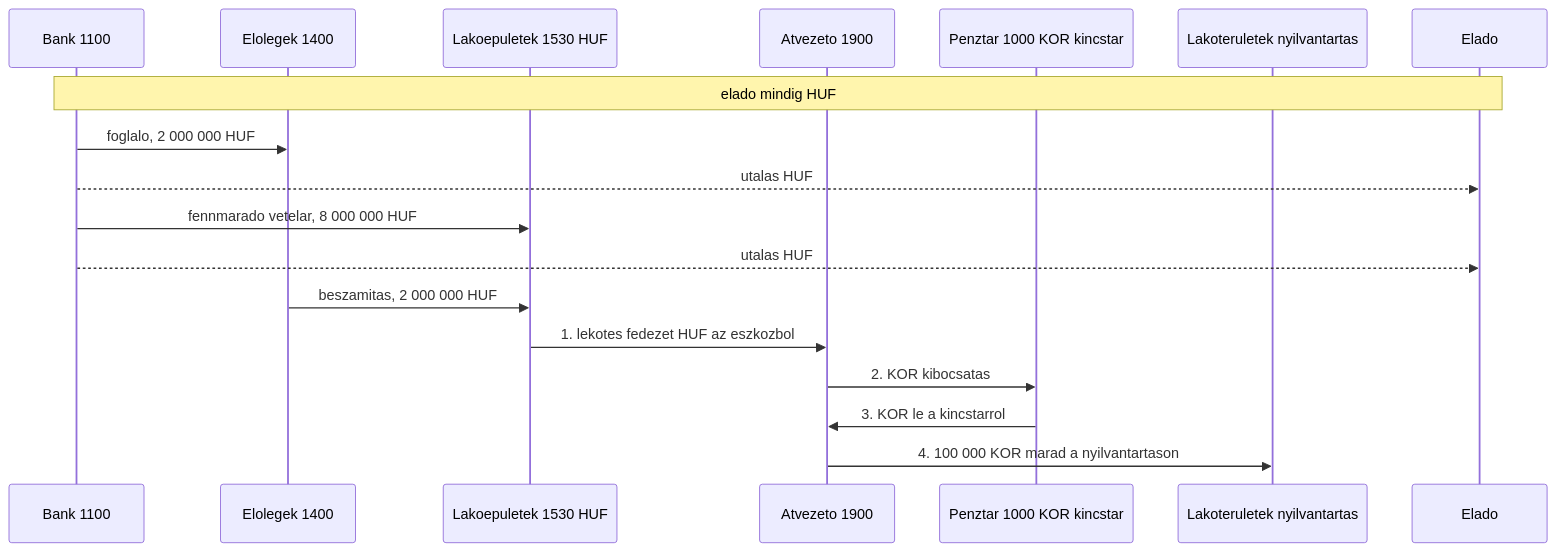
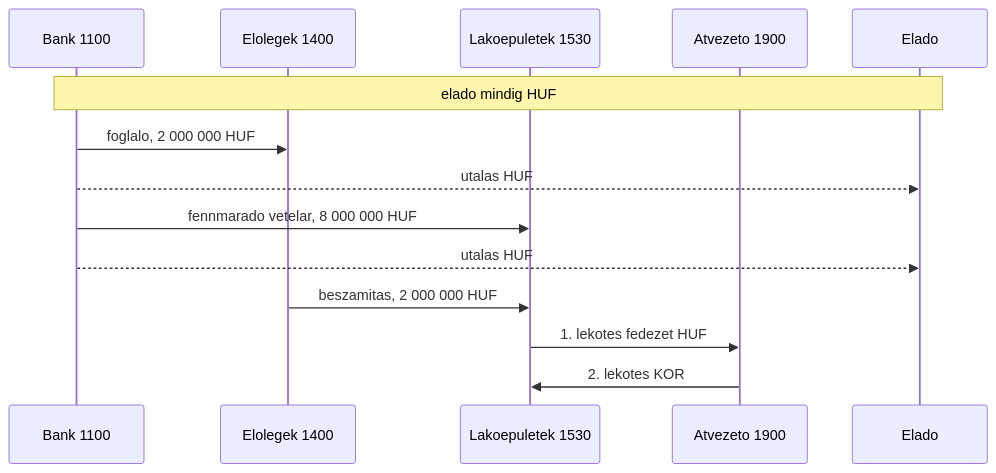
The ninth of 15 diagrams in docs/transaction-workflow.md (pitiboy/curr), drawn with Mermaid before and after one commit. The commit also changed other lines of this file and 8 other files, not shown here.

````diff
--- a/docs/transaction-workflow.md
+++ b/docs/transaction-workflow.md
@@ -452,21 +436,17 @@
 ```mermaid
 sequenceDiagram
   participant Bank as Bank 1100
   participant Eloleg as Elolegek 1400
-  participant Haz as Lakoepuletek 1530 HUF
+  participant Haz as Lakoepuletek 1530
   participant Atv as Atvezeto 1900
-  participant Kt as Penztar 1000 KOR kincstar
-  participant Nyilv as Lakoteruletek nyilvantartas
   participant Elado as Elado
 
   Note over Bank,Elado: elado mindig HUF
   Bank->>Eloleg: foglalo, 2 000 000 HUF
   Bank-->>Elado: utalas HUF
   Bank->>Haz: fennmarado vetelar, 8 000 000 HUF
   Bank-->>Elado: utalas HUF
   Eloleg->>Haz: beszamitas, 2 000 000 HUF
-  Haz->>Atv: 1. lekotes fedezet HUF az eszkozbol
-  Atv->>Kt: 2. KOR kibocsatas
-  Kt->>Atv: 3. KOR le a kincstarrol
-  Atv->>Nyilv: 4. 100 000 KOR marad a nyilvantartason
+  Haz->>Atv: 1. lekotes fedezet HUF
+  Atv->>Haz: 2. lekotes KOR
 ```
````
